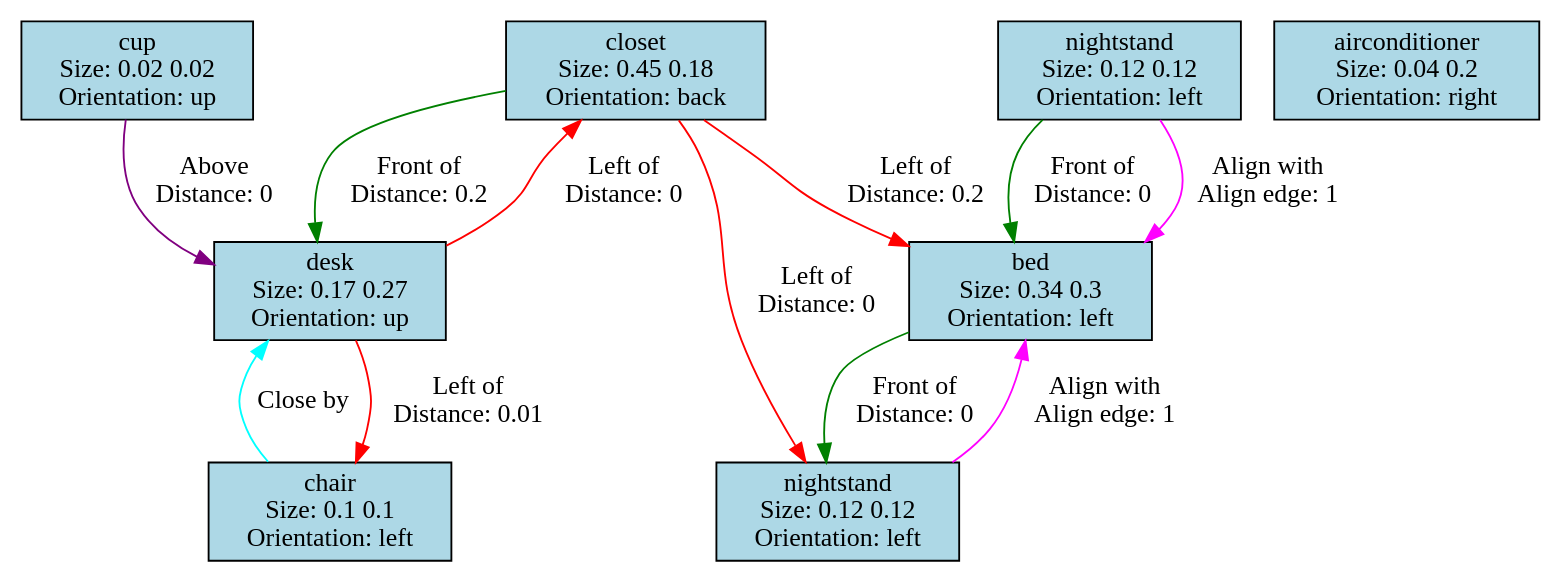
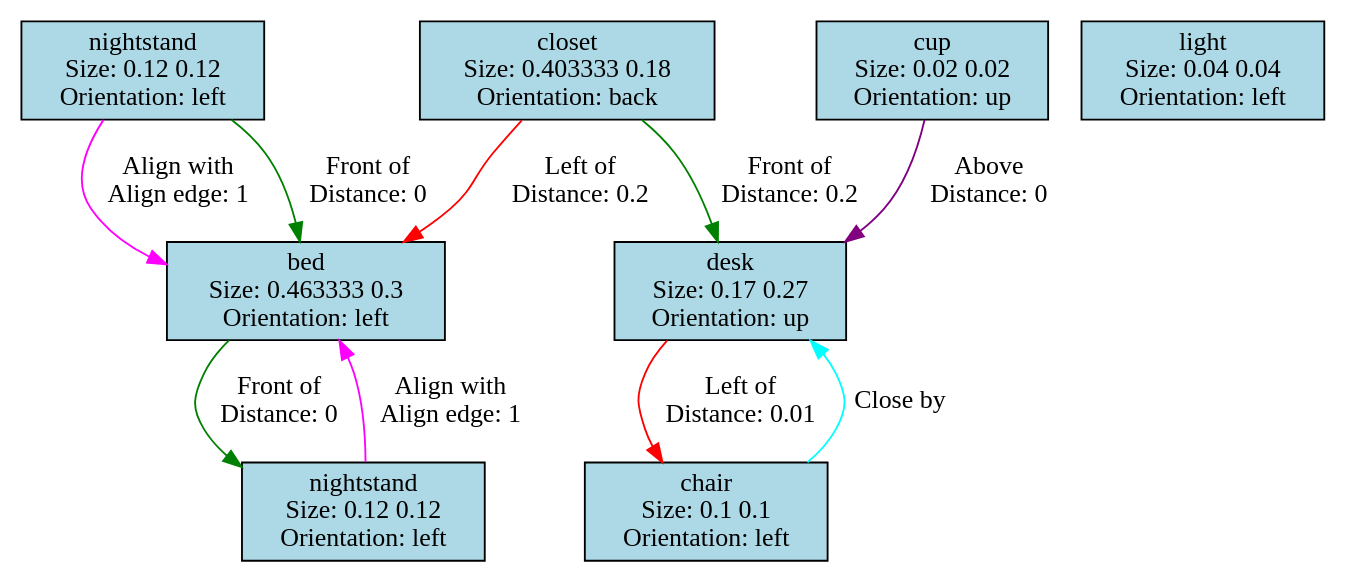
The diagram in Assets/SceneGraph/graph_out.dot (iambrc/AutoHomePlan), drawn with Graphviz before and after one commit. The commit also changed 10 other files, not shown here.

```diff
--- a/Assets/SceneGraph/graph_out.dot
+++ b/Assets/SceneGraph/graph_out.dot
@@ -1,21 +1,19 @@
 digraph G {
-0[label="bed\nSize: 0.34 0.3\nOrientation: left", shape=rect, style=filled, fillcolor="lightblue", width=0.34, height=0.3];
+0[label="bed\nSize: 0.463333 0.3\nOrientation: left", shape=rect, style=filled, fillcolor="lightblue", width=0.463333, height=0.3];
 1[label="nightstand\nSize: 0.12 0.12\nOrientation: left", shape=rect, style=filled, fillcolor="lightblue", width=0.12, height=0.12];
 2[label="nightstand\nSize: 0.12 0.12\nOrientation: left", shape=rect, style=filled, fillcolor="lightblue", width=0.12, height=0.12];
-3[label="closet\nSize: 0.45 0.18\nOrientation: back", shape=rect, style=filled, fillcolor="lightblue", width=0.45, height=0.18];
+3[label="closet\nSize: 0.403333 0.18\nOrientation: back", shape=rect, style=filled, fillcolor="lightblue", width=0.403333, height=0.18];
 4[label="desk\nSize: 0.17 0.27\nOrientation: up", shape=rect, style=filled, fillcolor="lightblue", width=0.17, height=0.27];
 5[label="chair\nSize: 0.1 0.1\nOrientation: left", shape=rect, style=filled, fillcolor="lightblue", width=0.1, height=0.1];
-6[label="airconditioner\nSize: 0.04 0.2\nOrientation: right", shape=rect, style=filled, fillcolor="lightblue", width=0.04, height=0.2];
+6[label="light\nSize: 0.04 0.04\nOrientation: left", shape=rect, style=filled, fillcolor="lightblue", width=0.04, height=0.04];
 7[label="cup\nSize: 0.02 0.02\nOrientation: up", shape=rect, style=filled, fillcolor="lightblue", width=0.02, height=0.02];
 0->2 [label="Front of\nDistance: 0\n", color="green"];
 1->0 [label="Align with\nAlign edge: 1\n", color="magenta"];
 1->0 [label="Front of\nDistance: 0\n", color="green"];
 2->0 [label="Align with\nAlign edge: 1\n", color="magenta"];
 3->0 [label="Left of\nDistance: 0.2\n", color="red"];
-3->2 [label="Left of\nDistance: 0\n", color="red"];
 3->4 [label="Front of\nDistance: 0.2\n", color="green"];
-4->3 [label="Left of\nDistance: 0\n", color="red"];
 4->5 [label="Left of\nDistance: 0.01\n", color="red"];
 5->4 [label="Close by\n", color="cyan"];
 7->4 [label="Above\nDistance: 0\n", color="purple"];
 }
```
